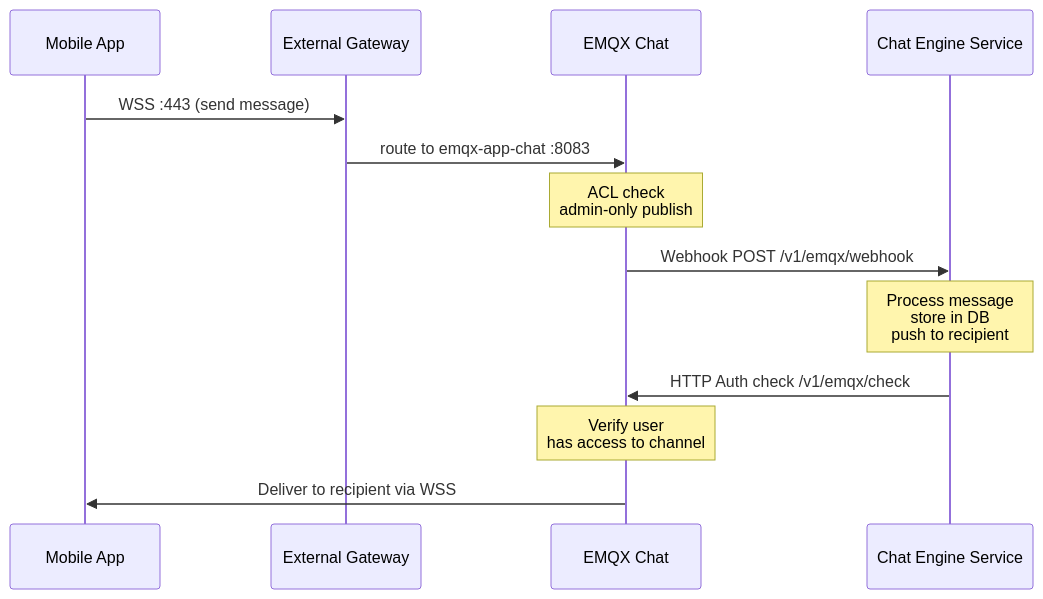
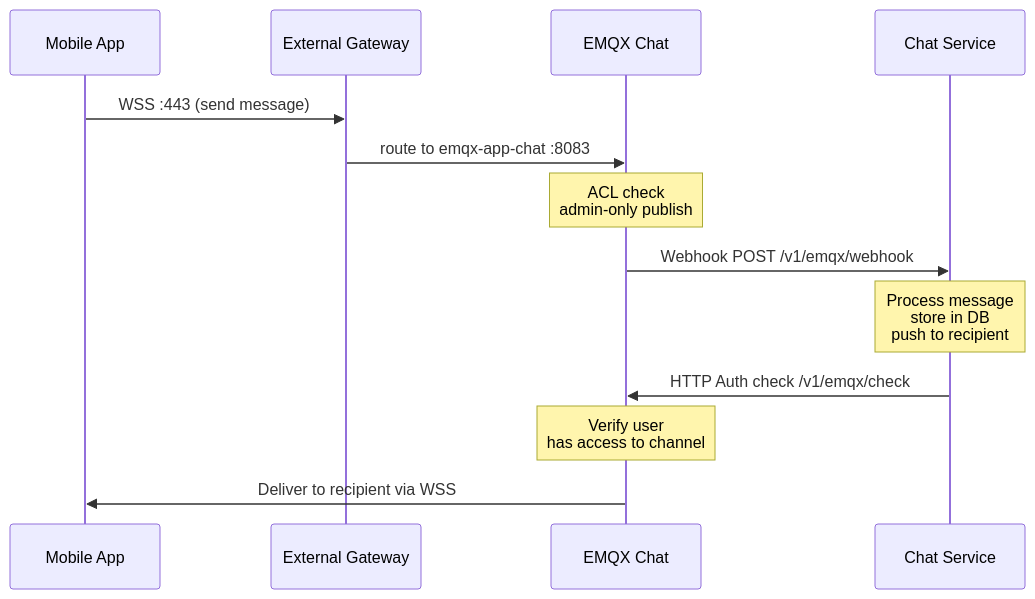
One commit to ahmadnurhidayat/docs changed the fourth of 5 diagrams in src/content/docs/04-conferences/kcd-indonesia-2026/presentation-draft.md. Above: the diagram before and after it, drawn with Mermaid. The commit also changed other lines of this file and 1 other file, not shown here.

First line of the commit message:
feat(kcd-indonesia-2026): rename chat-engine service to chat-service

````diff
--- a/src/content/docs/04-conferences/kcd-indonesia-2026/presentation-draft.md
+++ b/src/content/docs/04-conferences/kcd-indonesia-2026/presentation-draft.md
@@ -256,20 +256,20 @@
 ```mermaid
 sequenceDiagram
     participant Mobile as Mobile App
     participant GW as External Gateway
     participant EMQX as EMQX Chat
-    participant ChatEngine as Chat Engine Service
+    participant ChatEngine as Chat Service
 
     Mobile->>GW: WSS :443 (send message)
     GW->>EMQX: route to emqx-app-chat :8083
 
     Note over EMQX: ACL check<br/>admin-only publish
 
     EMQX->>ChatEngine: Webhook POST /v1/emqx/webhook
     Note over ChatEngine: Process message<br/>store in DB<br/>push to recipient
 
     ChatEngine->>EMQX: HTTP Auth check /v1/emqx/check
     Note over EMQX: Verify user<br/>has access to channel
 
     EMQX->>Mobile: Deliver to recipient via WSS
 ```
````
